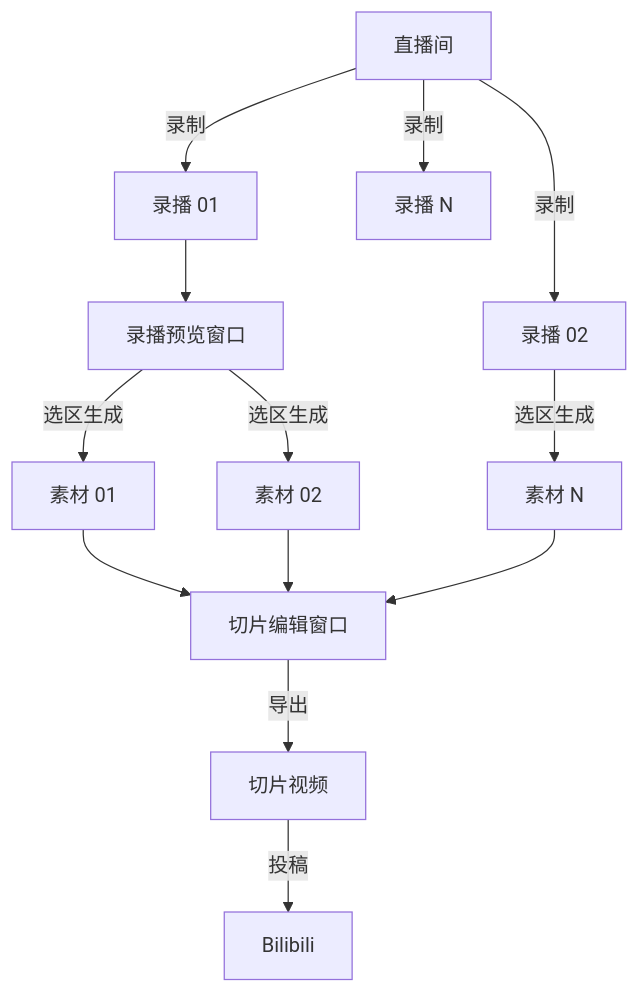
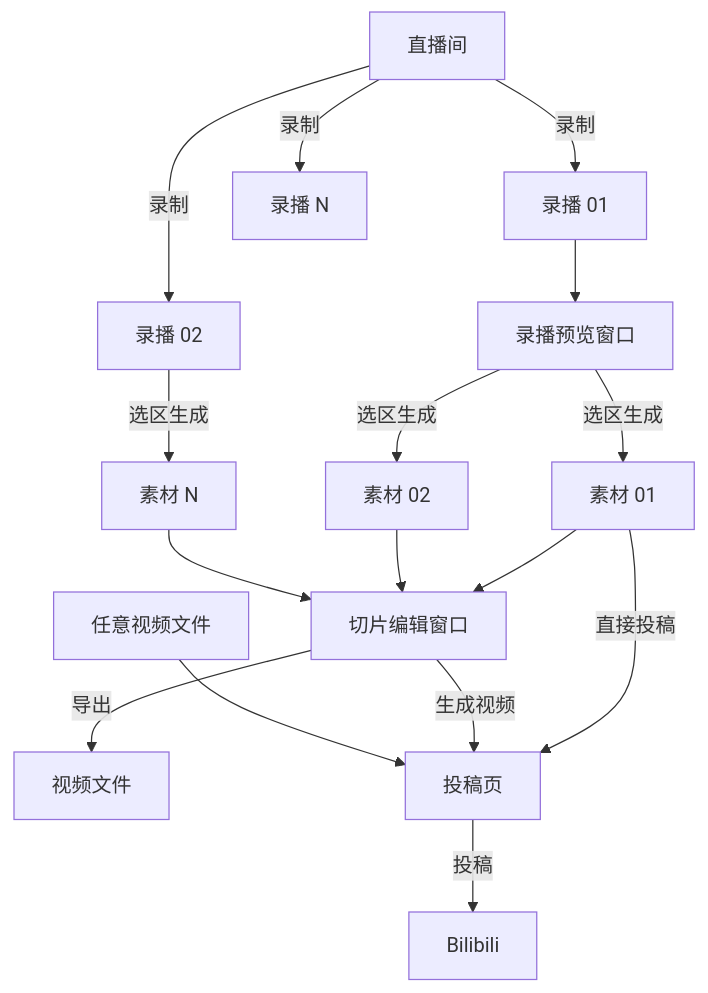
One commit to Xinrea/bili-shadowreplay changed the diagram in docs/usage/features/workflow.md. Above: the diagram before and after it, drawn with Mermaid. The commit also changed other lines of this file and 34 other files, not shown here.

````diff
--- a/docs/usage/features/workflow.md
+++ b/docs/usage/features/workflow.md
@@ -11,20 +11,23 @@
 ```mermaid
 flowchart TD
     A[直播间] -->|录制| B[录播 01]
     A -->|录制| C[录播 02]
     A -->|录制| E[录播 N]
 
     B --> F[录播预览窗口]
 
     F -->|选区生成| G[素材 01]
     F -->|选区生成| H[素材 02]
     C -->|选区生成| I[素材 N]
 
     G --> J[切片编辑窗口]
     H --> J
     I --> J
 
-    J -->|导出| K[切片视频]
+    J -->|导出| K[视频文件]
 
-    K -->|投稿| L[Bilibili]
+    G -->|直接投稿| M[投稿页]
+    J -->|生成视频| M
+    N[任意视频文件] --> M
+    M -->|投稿| L[Bilibili]
 ```
````
